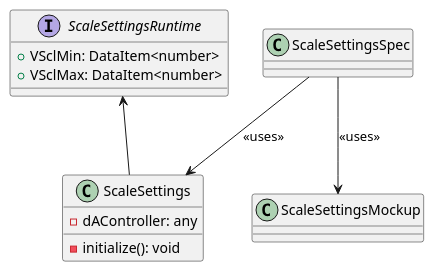
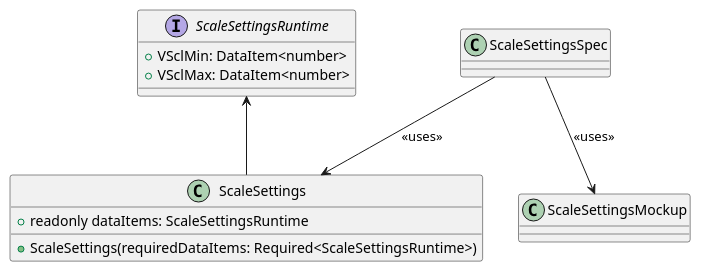
One commit to p2o-lab/polaris-backend changed the diagram in src/modularPlantManager/pea/dataAssembly/baseFunction/scaleSettings/ScaleSettings.puml. Above: the diagram before and after it, drawn with PlantUML. The commit also changed 12 other files, not shown here.

```diff
--- a/src/modularPlantManager/pea/dataAssembly/baseFunction/scaleSettings/ScaleSettings.puml
+++ b/src/modularPlantManager/pea/dataAssembly/baseFunction/scaleSettings/ScaleSettings.puml
@@ -26,18 +26,18 @@
 @startuml
 'https://plantuml.com/class-diagram
 
 interface ScaleSettingsRuntime{
 	+ VSclMin: DataItem<number>
 	+ VSclMax: DataItem<number>
 }
 
 class ScaleSettings{
-    - dAController: any
-    - initialize(): void
+     + readonly dataItems: ScaleSettingsRuntime
+     + ScaleSettings(requiredDataItems: Required<ScaleSettingsRuntime>)
 }
 
 ScaleSettingsRuntime <-- ScaleSettings
 ScaleSettingsSpec --> ScaleSettings : <<uses>>
 ScaleSettingsSpec --> ScaleSettingsMockup : <<uses>>
 
 @enduml
```
